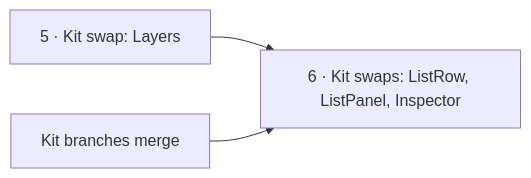
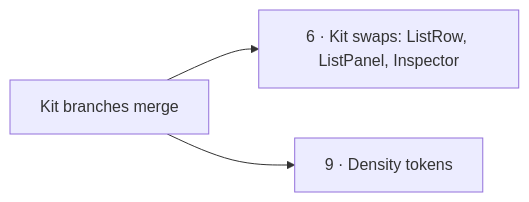
The diagram in docs/for-developers/building-studio/cleanup.md (invana/invana), drawn with Mermaid before and after one commit. The commit also changed other lines of this file and 11 other files, not shown here.

First line of the commit message:
refactor(studio): the Layers card is canvas-ui's LayersViewPanel, and hidden is the store's flag

````diff
--- a/docs/for-developers/building-studio/cleanup.md
+++ b/docs/for-developers/building-studio/cleanup.md
@@ -12,5 +12,5 @@
 ```mermaid
 flowchart LR
-    E["5 · Kit swap: Layers"] --> F["6 · Kit swaps: ListRow, ListPanel, Inspector"]
-    K["Kit branches merge"] --> F
+    K["Kit branches merge"] --> F["6 · Kit swaps: ListRow, ListPanel, Inspector"]
+    K --> H["9 · Density tokens"]
 ```
````
